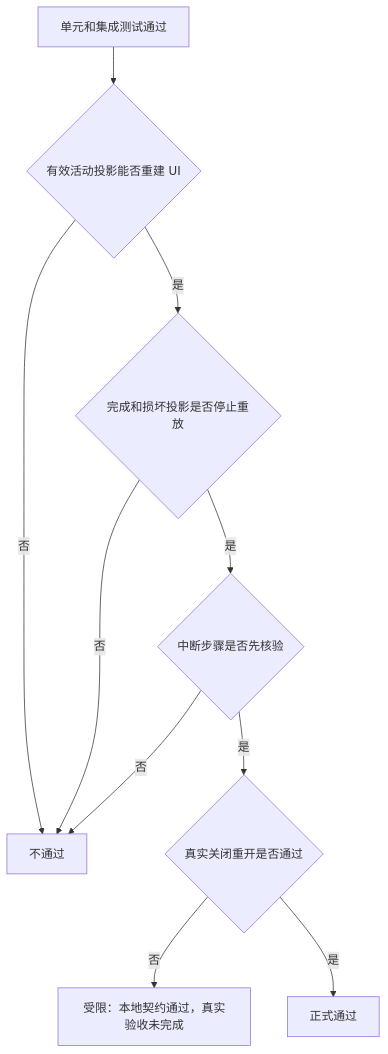
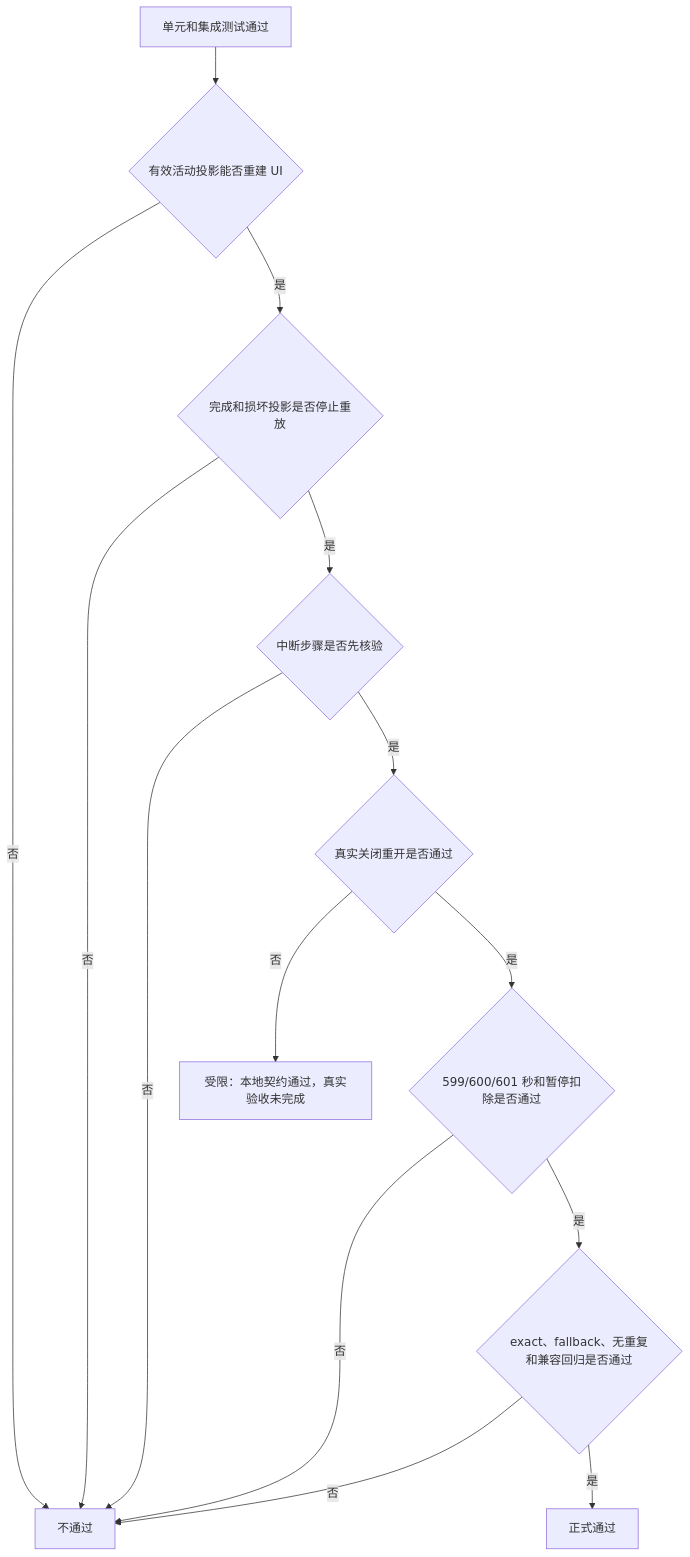
Before and after one commit to luode0320/luode-skills: the first of 2 diagrams in doc/7-验收/2026-07-23_012302_CodexDesktop任务悬浮窗断点恢复_验收标准.md, drawn with Mermaid. The commit also changed other lines of this file and 8 other files, not shown here.

````diff
--- a/doc/7-验收/2026-07-23_012302_CodexDesktop任务悬浮窗断点恢复_验收标准.md
+++ b/doc/7-验收/2026-07-23_012302_CodexDesktop任务悬浮窗断点恢复_验收标准.md
@@ -74,12 +102,16 @@
 ```mermaid
 flowchart TD
     A["单元和集成测试通过"] --> B{"有效活动投影能否重建 UI"}
     B -- "否" --> X["不通过"]
     B -- "是" --> C{"完成和损坏投影是否停止重放"}
     C -- "否" --> X
     C -- "是" --> D{"中断步骤是否先核验"}
     D -- "否" --> X
     D -- "是" --> E{"真实关闭重开是否通过"}
     E -- "否" --> Y["受限：本地契约通过，真实验收未完成"]
-    E -- "是" --> Z["正式通过"]
+    E -- "是" --> F{"599/600/601 秒和暂停扣除是否通过"}
+    F -- "否" --> X
+    F -- "是" --> G{"exact、fallback、无重复和兼容回归是否通过"}
+    G -- "否" --> X
+    G -- "是" --> Z["正式通过"]
 ```
````
